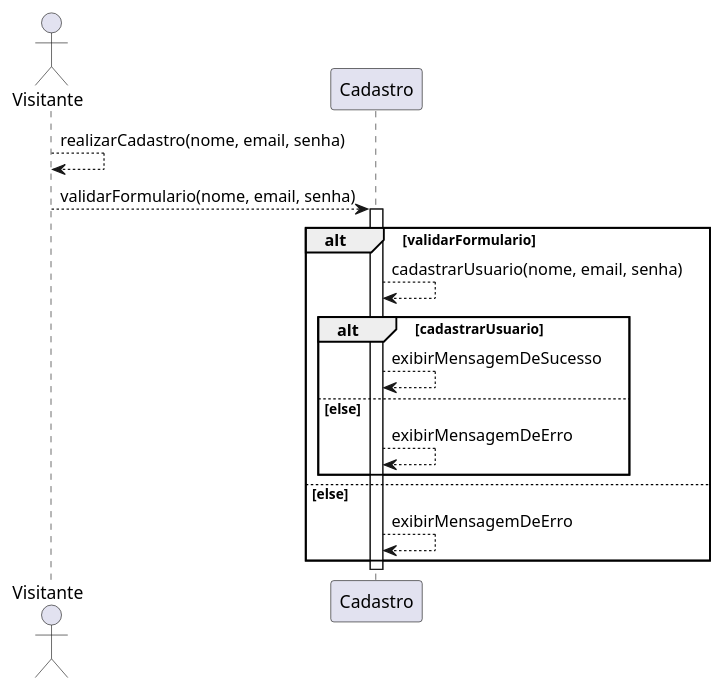
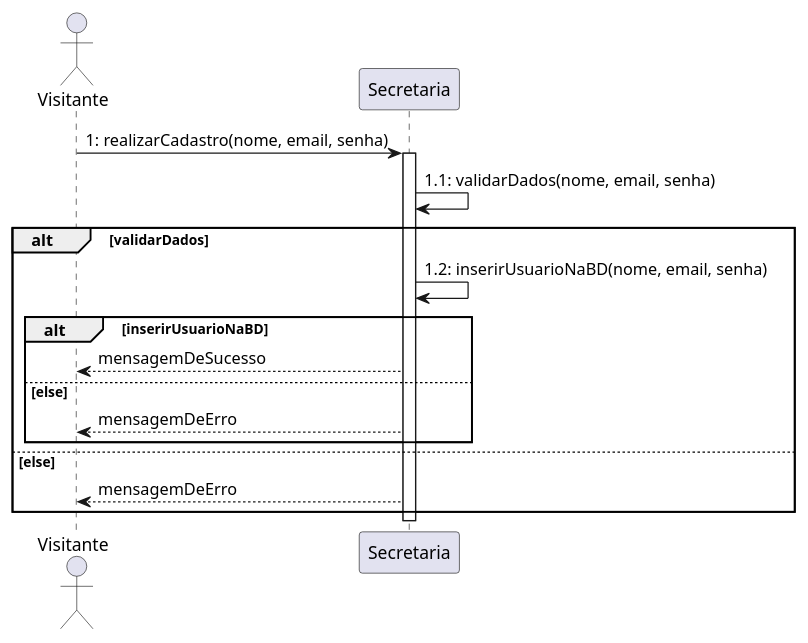
One commit to lucasg-mm/ensinet changed the diagram in diagramas_interacao/diagramas_sequencia/sequencia.plantuml. Above: the diagram before and after it, drawn with PlantUML.

Commit message:
Atualiza diagrama de sequencia do caso de uso 'realizar cadastro'

```diff
--- a/diagramas_interacao/diagramas_sequencia/sequencia.plantuml
+++ b/diagramas_interacao/diagramas_sequencia/sequencia.plantuml
@@ -1,20 +1,20 @@
-@startuml realizar_cadastro
+@startuml realizar_Sistema
 actor Visitante
 
-Visitante-->Visitante: realizarCadastro(nome, email, senha)
-Visitante-->Cadastro: validarFormulario(nome, email, senha)
-Activate Cadastro
+Visitante->Secretaria: 1: realizarCadastro(nome, email, senha)
+Activate Secretaria
+Secretaria->Secretaria: 1.1: validarDados(nome, email, senha)
 
-alt validarFormulario
-Cadastro-->Cadastro: cadastrarUsuario(nome, email, senha)
-alt cadastrarUsuario
-Cadastro-->Cadastro: exibirMensagemDeSucesso
+alt validarDados
+Secretaria->Secretaria: 1.2: inserirUsuarioNaBD(nome, email, senha)
+alt inserirUsuarioNaBD
+Secretaria-->Visitante: mensagemDeSucesso
 else else
-Cadastro-->Cadastro: exibirMensagemDeErro
+Secretaria-->Visitante: mensagemDeErro
 end
 else else
-Cadastro-->Cadastro: exibirMensagemDeErro
+Secretaria-->Visitante: mensagemDeErro
 end
-deactivate Cadastro
+deactivate Secretaria
 
 @enduml
```
